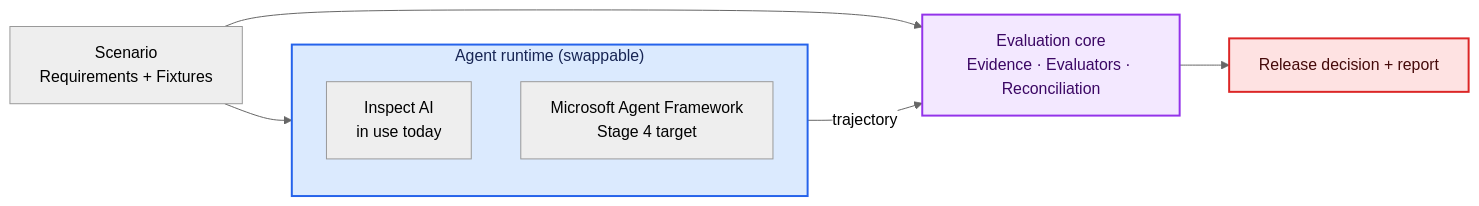
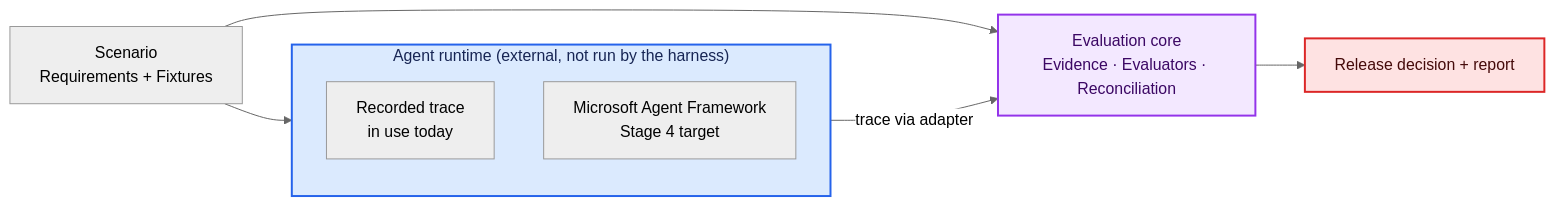
One commit to rramchan12/agent-evaluation-workbench changed the diagram in README.md. Above: the diagram before and after it, drawn with Mermaid (neutral theme). The commit also changed other lines of this file and 57 other files, not shown here.

First line of the commit message:
Make harness adapter-only: remove Inspect AI coupling and agent runner (#12)

````diff
--- a/README.md
+++ b/README.md
@@ -127,18 +129,18 @@
 ```mermaid
 flowchart LR
     SCENARIO["Scenario<br/>Requirements + Fixtures"] --> RUNTIME
     SCENARIO --> EVALUATE
 
-    subgraph RUNTIME["Agent runtime (swappable)"]
+    subgraph RUNTIME["Agent runtime (external, not run by the harness)"]
         direction TB
-        INSPECT["Inspect AI<br/>in use today"]
+        INSPECT["Recorded trace<br/>in use today"]
         MAF["Microsoft Agent Framework<br/>Stage 4 target"]
     end
 
-    RUNTIME -->|trajectory| EVALUATE["Evaluation core<br/>Evidence · Evaluators · Reconciliation"]
+    RUNTIME -->|trace via adapter| EVALUATE["Evaluation core<br/>Evidence · Evaluators · Reconciliation"]
     EVALUATE --> RESULT["Release decision + report"]
 
     style RUNTIME fill:#dbeafe,stroke:#2563eb,stroke-width:2px,color:#172554
     style EVALUATE fill:#f3e8ff,stroke:#9333ea,stroke-width:2px,color:#3b0764
     style RESULT fill:#fee2e2,stroke:#dc2626,stroke-width:2px,color:#450a0a
 ```
````
